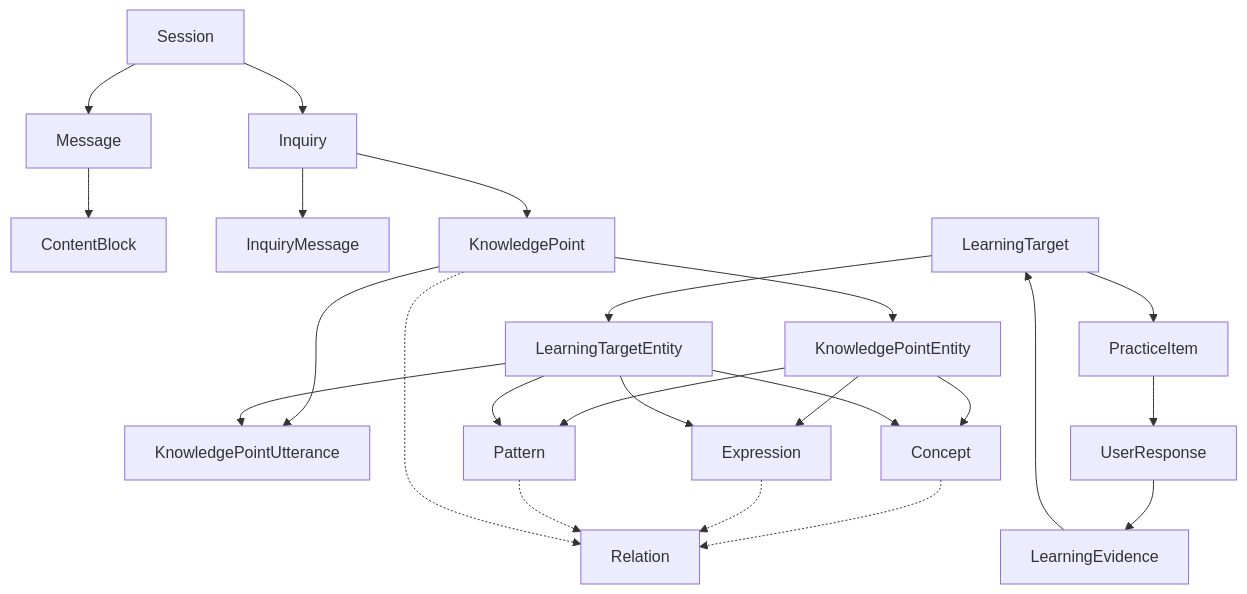
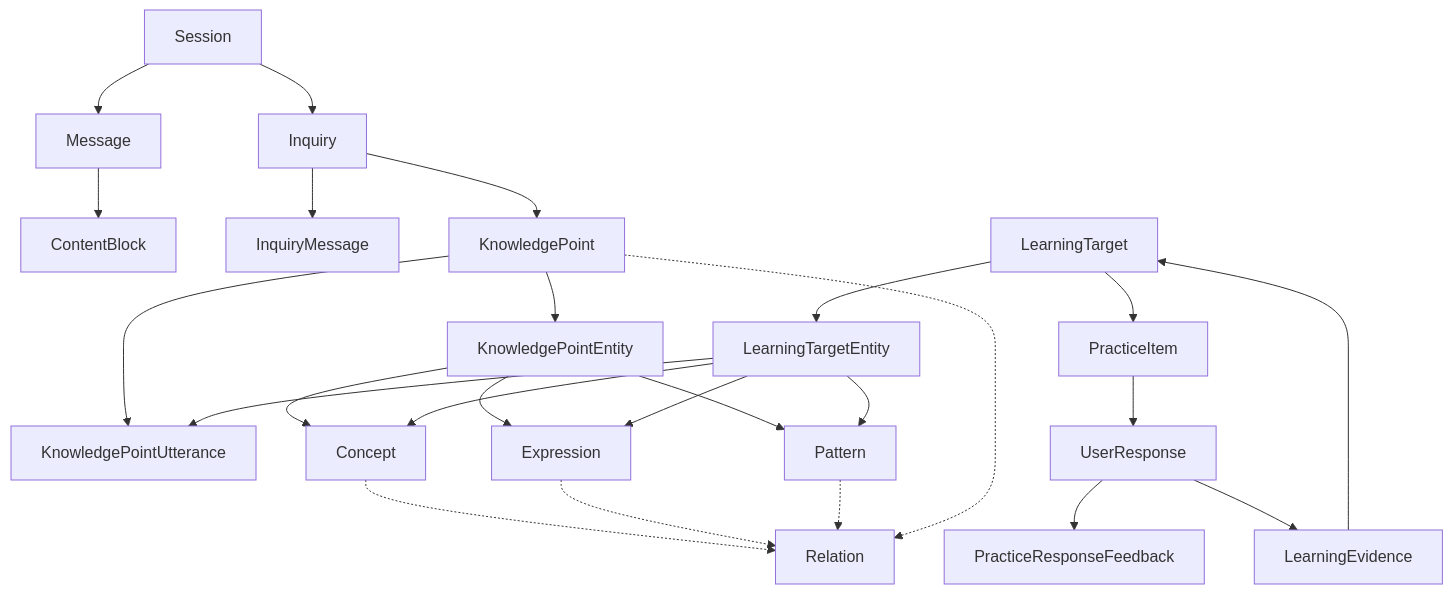
Before and after one commit to xcotq/LanguageFriction: the first of 2 diagrams in docs/initial-domain-model.md, drawn with Mermaid. The commit also changed other lines of this file and 11 other files, not shown here.

````diff
--- a/docs/initial-domain-model.md
+++ b/docs/initial-domain-model.md
@@ -22,31 +22,32 @@
 ```mermaid
 flowchart TD
   S["Session"] --> M["Message"]
   M --> B["ContentBlock"]
 
   S --> I["Inquiry"]
   I --> IM["InquiryMessage"]
   I --> KP["KnowledgePoint"]
 
   KP --> U["KnowledgePointUtterance"]
   KP --> KPE["KnowledgePointEntity"]
   KPE --> C["Concept"]
   KPE --> E["Expression"]
   KPE --> P["Pattern"]
 
   C -.-> R["Relation"]
   E -.-> R
   P -.-> R
   KP -.-> R
 
   LT["LearningTarget"] --> LTE["LearningTargetEntity"]
   LTE --> C
   LTE --> E
   LTE --> P
   LTE --> U
 
   LT --> PI["PracticeItem"]
   PI --> UR["UserResponse"]
+  UR --> PRF["PracticeResponseFeedback"]
   UR --> LE["LearningEvidence"]
   LE --> LT
 ```
````
